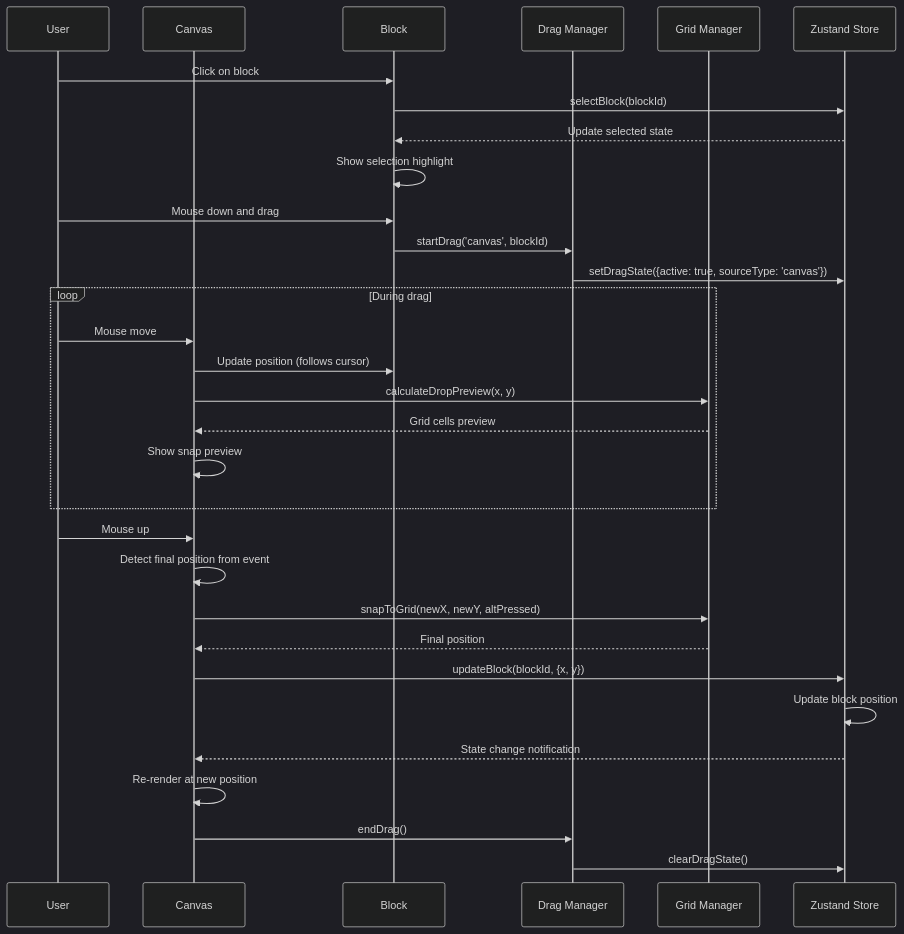
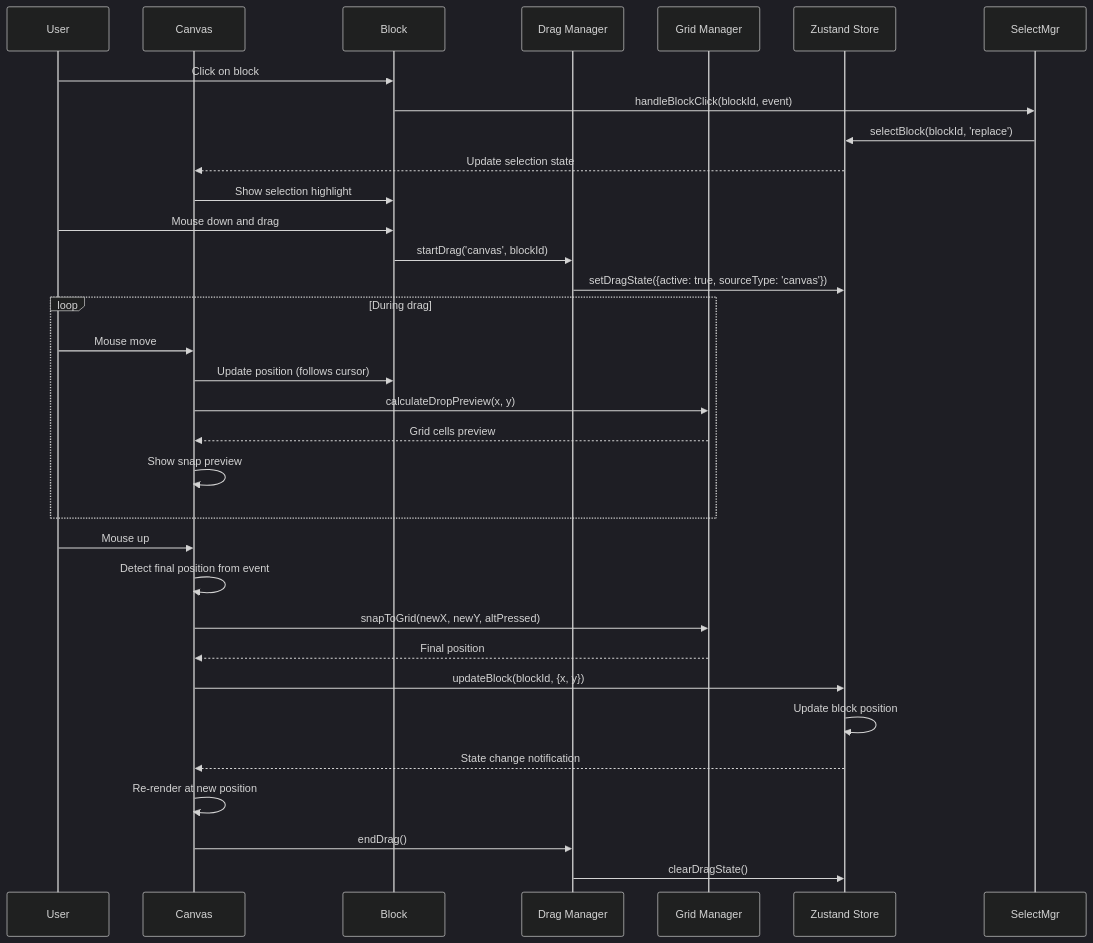
The second of 9 diagrams in docs/architecture/core-workflows.md (litkeys/DraftCN), drawn with Mermaid (dark theme) before and after one commit. The commit also changed other lines of this file and 10 other files, not shown here.

First line of the commit message:
Architectural realignment

````diff
--- a/docs/architecture/core-workflows.md
+++ b/docs/architecture/core-workflows.md
@@ -44,37 +44,38 @@
 ```mermaid
 sequenceDiagram
     participant User
     participant Canvas
     participant Block
     participant DragMgr as Drag Manager
     participant GridMgr as Grid Manager
     participant Store as Zustand Store
 
     User->>Block: Click on block
-    Block->>Store: selectBlock(blockId)
-    Store-->>Block: Update selected state
-    Block->>Block: Show selection highlight
+    Block->>SelectMgr: handleBlockClick(blockId, event)
+    SelectMgr->>Store: selectBlock(blockId, 'replace')
+    Store-->>Canvas: Update selection state
+    Canvas->>Block: Show selection highlight
     
     User->>Block: Mouse down and drag
     Block->>DragMgr: startDrag('canvas', blockId)
     DragMgr->>Store: setDragState({active: true, sourceType: 'canvas'})
     
     loop During drag
         User->>Canvas: Mouse move
         Canvas->>Block: Update position (follows cursor)
         Canvas->>GridMgr: calculateDropPreview(x, y)
         GridMgr-->>Canvas: Grid cells preview
         Canvas->>Canvas: Show snap preview
     end
     
     User->>Canvas: Mouse up
     Canvas->>Canvas: Detect final position from event
     Canvas->>GridMgr: snapToGrid(newX, newY, altPressed)
     GridMgr-->>Canvas: Final position
     Canvas->>Store: updateBlock(blockId, {x, y})
     Store->>Store: Update block position
     Store-->>Canvas: State change notification
     Canvas->>Canvas: Re-render at new position
     Canvas->>DragMgr: endDrag()
     DragMgr->>Store: clearDragState()
 ```
````
